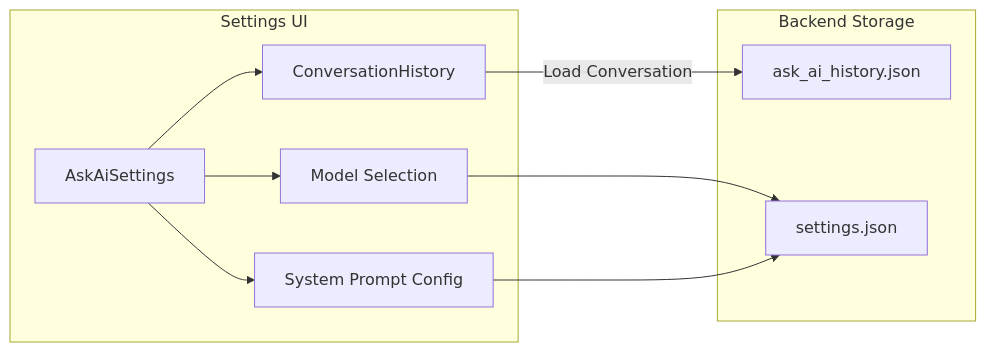
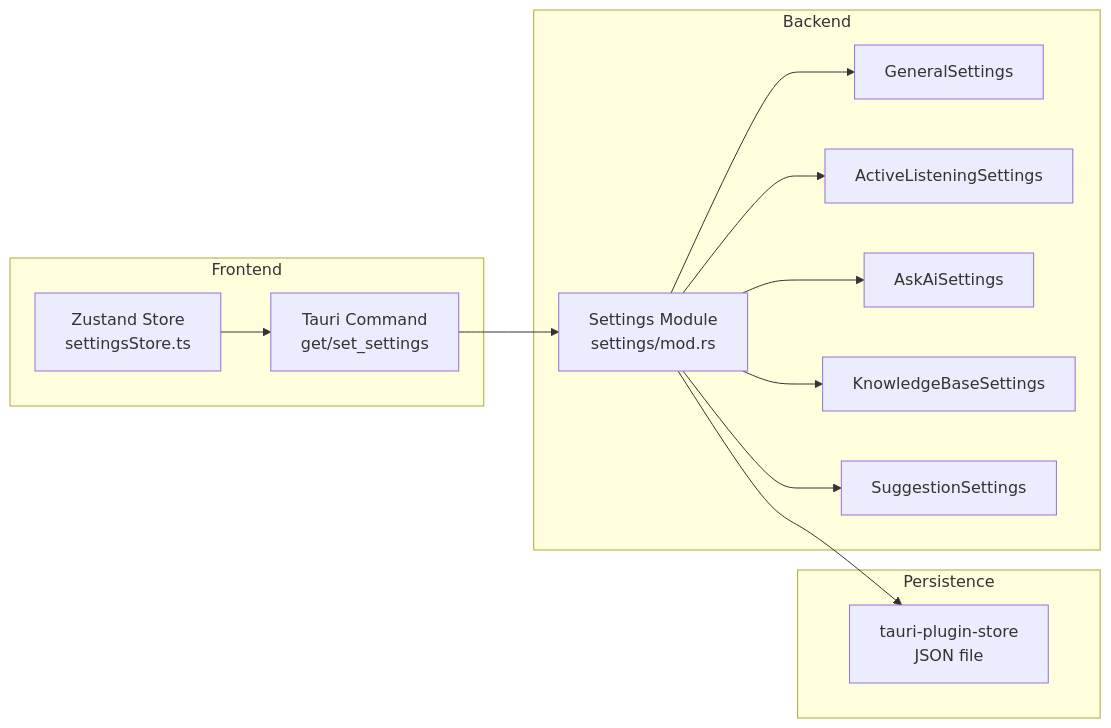
Before and after one commit to thukabjj/Handy: the ninth of 10 diagrams in DEV_DOCS.md, drawn with Mermaid. The commit also changed other lines of this file and 8 other files, not shown here.

````diff
--- a/DEV_DOCS.md
+++ b/DEV_DOCS.md
@@ -176,21 +285,19 @@
 ```mermaid
 graph LR
-    subgraph "Settings UI"
-        A[AskAiSettings]
-        B[ConversationHistory]
-        C[Model Selection]
-        D[System Prompt Config]
+    subgraph "Frontend"
+        A[Zustand Store<br>settingsStore.ts] --> B[Tauri Command<br>get/set_settings]
     end
 
-    subgraph "Backend Storage"
-        E[ask_ai_history.json]
-        F[settings.json]
+    subgraph "Backend"
+        B --> C[Settings Module<br>settings/mod.rs]
+        C --> D[GeneralSettings]
+        C --> E[ActiveListeningSettings]
+        C --> F[AskAiSettings]
+        C --> G[KnowledgeBaseSettings]
+        C --> H[SuggestionSettings]
     end
 
-    A --> C
-    A --> D
-    A --> B
-    B -- "Load Conversation" --> E
-    C --> F
-    D --> F
+    subgraph "Persistence"
+        C --> I[tauri-plugin-store<br>JSON file]
+    end
 ```
````
